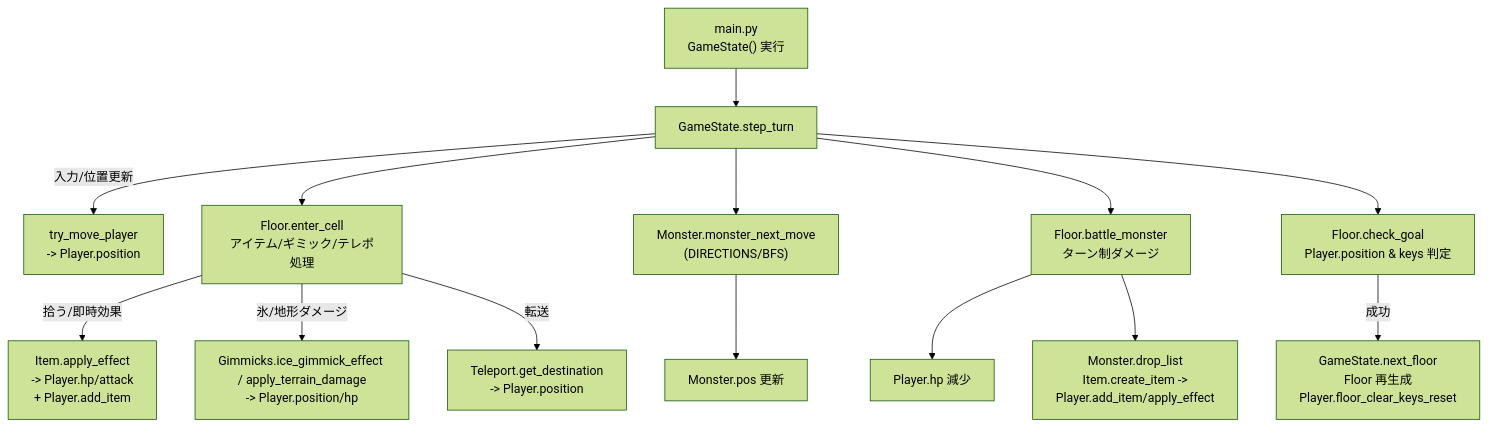
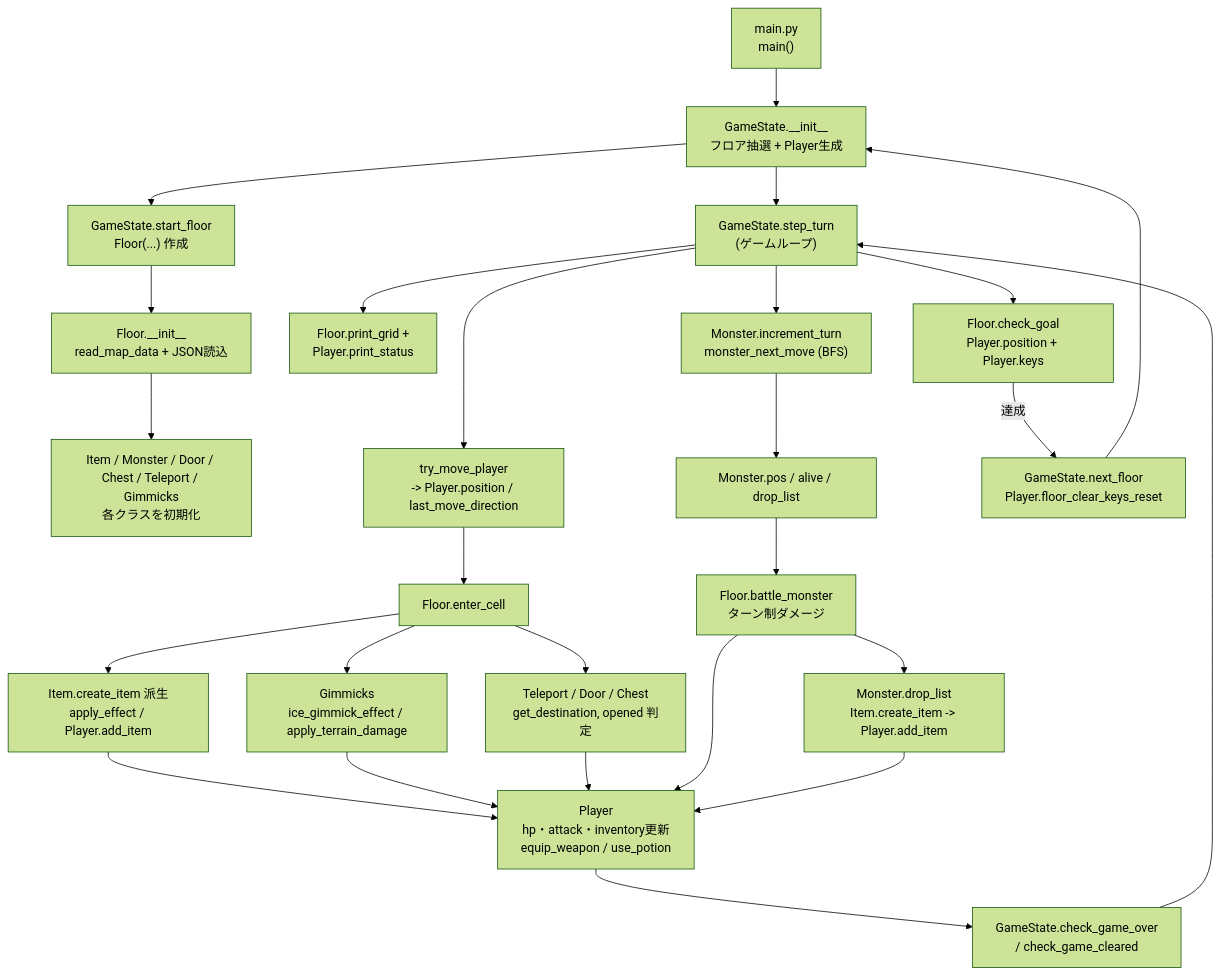
The first of 2 diagrams in README.md (c0b2313978/Project_training_team10), drawn with Mermaid (forest theme) before and after one commit. The commit also changed other lines of this file, not shown here.

Commit message:
READMEゲーム全体のflowchartを作成

````diff
--- a/README.md
+++ b/README.md
@@ -219,16 +219,28 @@
 ```mermaid
 flowchart TB
-  main["main.py\nGameState() 実行"] --> gsStep["GameState.step_turn"]
-  gsStep -->|入力/位置更新| move["try_move_player\n-> Player.position"]
-  gsStep --> enter["Floor.enter_cell\nアイテム/ギミック/テレポ処理"]
-  enter -->|拾う/即時効果| itemEff["Item.apply_effect\n-> Player.hp/attack\n+ Player.add_item"]
-  enter -->|氷/地形ダメージ| gimmickEff["Gimmicks.ice_gimmick_effect / apply_terrain_damage\n-> Player.position/hp"]
-  enter -->|転送| tpEff["Teleport.get_destination\n-> Player.position"]
-  gsStep --> monMove["Monster.monster_next_move\n(DIRECTIONS/BFS)"]
-  monMove --> monPos["Monster.pos 更新"]
-  gsStep --> battle["Floor.battle_monster\nターン制ダメージ"]
-  battle --> hpDown["Player.hp 減少"]
-  battle --> drops["Monster.drop_list\nItem.create_item ->\nPlayer.add_item/apply_effect"]
-  gsStep --> goal["Floor.check_goal\nPlayer.position & keys 判定"]
-  goal -->|成功| next["GameState.next_floor\nFloor 再生成\nPlayer.floor_clear_keys_reset"]
+  main["main.py<br>main()"] --> gsInit["GameState.__init__<br>フロア抽選 + Player生成"]
+  gsInit --> floorInit["GameState.start_floor<br>Floor(...) 作成"]
+  floorInit --> floorLoad["Floor.__init__<br>read_map_data + JSON読込"]
+  floorLoad --> comp["Item / Monster / Door / Chest / Teleport / Gimmicks<br>各クラスを初期化"]
+  gsInit --> loop["GameState.step_turn<br>(ゲームループ)"]
+  loop --> render["Floor.print_grid +<br>Player.print_status"]
+  loop --> move["try_move_player<br>-> Player.position / last_move_direction"]
+  move --> enterCell["Floor.enter_cell"]
+  enterCell --> items["Item.create_item 派生<br>apply_effect / Player.add_item"]
+  items --> player["Player<br>hp・attack・inventory更新<br>equip_weapon / use_potion"]
+  enterCell --> gimmicks["Gimmicks<br>ice_gimmick_effect / apply_terrain_damage"]
+  gimmicks --> player
+  enterCell --> teleDoor["Teleport / Door / Chest<br>get_destination, opened 判定"]
+  teleDoor --> player
+  loop --> monsters["Monster.increment_turn<br>monster_next_move (BFS)"]
+  monsters --> monsterState["Monster.pos / alive / drop_list"]
+  monsterState --> battle["Floor.battle_monster<br>ターン制ダメージ"]
+  battle --> player
+  battle --> drops["Monster.drop_list<br>Item.create_item -> Player.add_item"]
+  drops --> player
+  loop --> goal["Floor.check_goal<br>Player.position + Player.keys"]
+  goal -->|達成| next["GameState.next_floor<br>Player.floor_clear_keys_reset"]
+  next --> gsInit
+  player --> status["GameState.check_game_over<br>/ check_game_cleared"]
+  status --> loop
 ```
````
